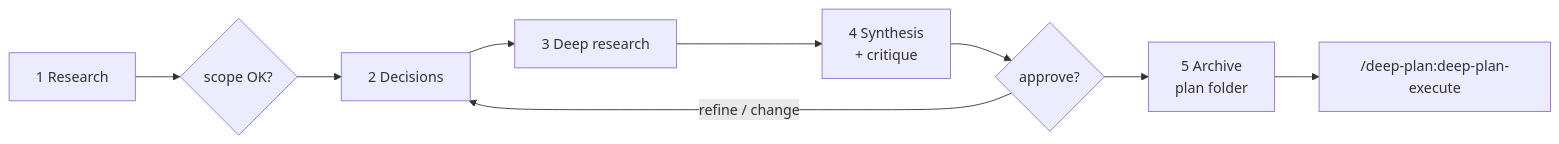
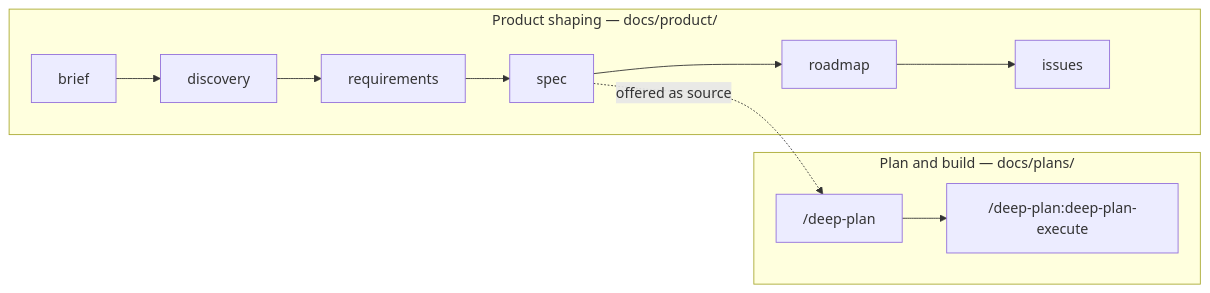
Before and after one commit to Tsadoq/claude-better-plan: the diagram in README.md, drawn with Mermaid. The commit also changed other lines of this file and 6 other files, not shown here.

````diff
--- a/README.md
+++ b/README.md
@@ -15,6 +10,10 @@
 ```mermaid
 flowchart LR
-    R[1 Research] --> S{scope OK?} --> D[2 Decisions] --> DR[3 Deep research] --> SY[4 Synthesis<br/>+ critique] --> A{approve?} --> AR[5 Archive<br/>plan folder]
-    A -->|refine / change| D
-    AR --> EX["/deep-plan:deep-plan-execute"]
+    subgraph product ["Product shaping &mdash; docs/product/"]
+        B[brief] --> D[discovery] --> R[requirements] --> S[spec] --> RM[roadmap] --> I[issues]
+    end
+    subgraph plan ["Plan and build &mdash; docs/plans/"]
+        P["/deep-plan"] --> E["/deep-plan:deep-plan-execute"]
+    end
+    S -.->|offered as source| P
 ```
````
